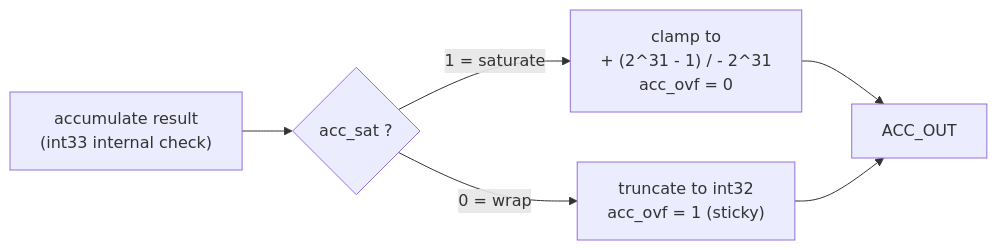
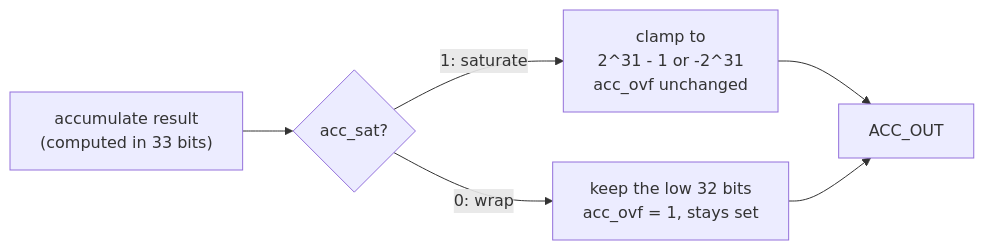
Before and after one commit to ChrChr50/proto-accelerators: the second of 6 diagrams in macc8/docs/int8_mac_block_diagram.md, drawn with Mermaid. The commit also changed other lines of this file and 2 other files, not shown here.

````diff
--- a/macc8/docs/int8_mac_block_diagram.md
+++ b/macc8/docs/int8_mac_block_diagram.md
@@ -55,8 +60,8 @@
 ```mermaid
 flowchart LR
-    S["accumulate result<br/>(int33 internal check)"] --> D{"acc_sat ?"}
-    D -->|"1 = saturate"| SAT["clamp to<br/>+ (2^31 - 1) / - 2^31<br/>acc_ovf = 0"]
-    D -->|"0 = wrap"| WRAP["truncate to int32<br/>acc_ovf = 1 (sticky)"]
+    S["accumulate result<br/>(computed in 33 bits)"] --> D{"acc_sat?"}
+    D -->|"1: saturate"| SAT["clamp to<br/>2^31 - 1 or -2^31<br/>acc_ovf unchanged"]
+    D -->|"0: wrap"| WRAP["keep the low 32 bits<br/>acc_ovf = 1, stays set"]
     SAT --> R["ACC_OUT"]
     WRAP --> R
 ```
````
